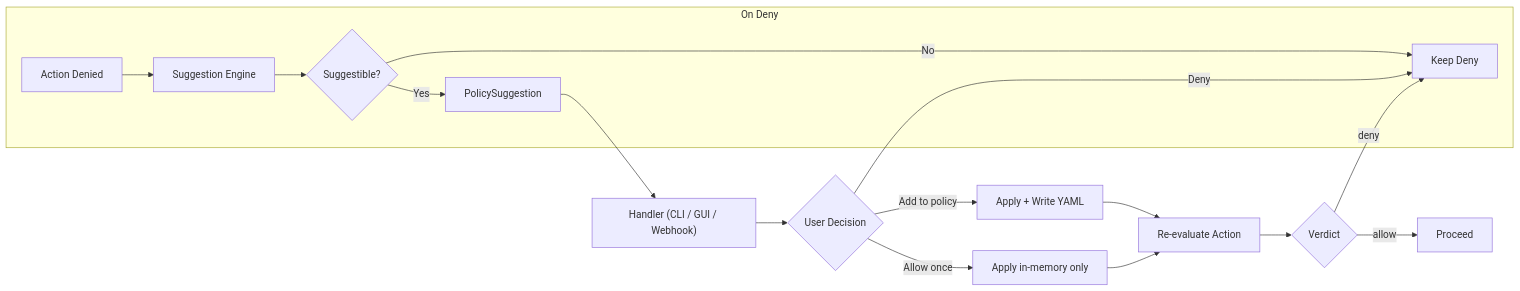
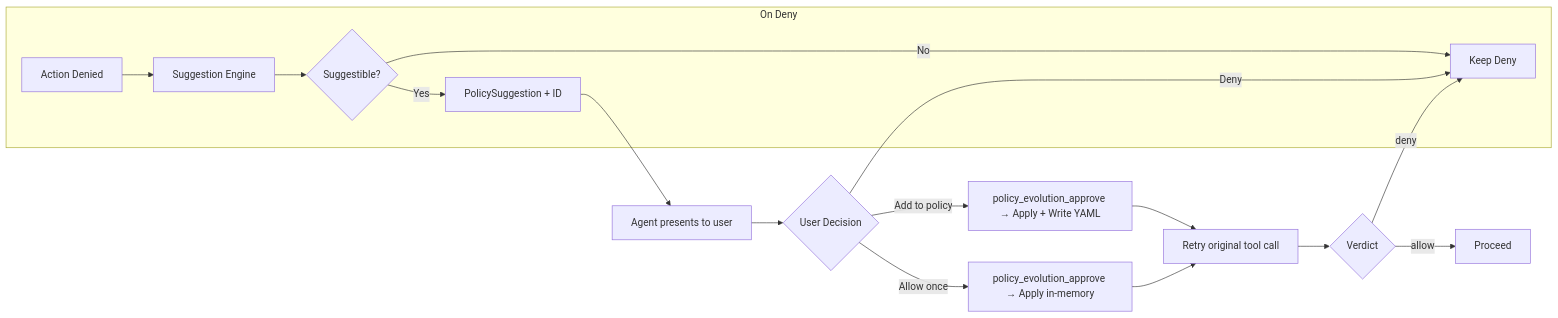
The third of 6 diagrams in README.md (elliot35/deterministic-agent-control-protocol), drawn with Mermaid before and after one commit. The commit also changed other lines of this file, not shown here.

````diff
--- a/README.md
+++ b/README.md
@@ -398,19 +436,19 @@
 ```mermaid
 flowchart LR
     subgraph Denial["On Deny"]
         A["Action Denied"] --> B["Suggestion Engine"]
         B --> C{"Suggestible?"}
         C -->|No| D["Keep Deny"]
-        C -->|Yes| E["PolicySuggestion"]
+        C -->|Yes| E["PolicySuggestion + ID"]
     end
-    E --> F["Handler (CLI / GUI / Webhook)"]
+    E --> F["Agent presents to user"]
     F --> G{"User Decision"}
-    G -->|Add to policy| H["Apply + Write YAML"]
-    G -->|Allow once| I["Apply in-memory only"]
+    G -->|Add to policy| H["policy_evolution_approve → Apply + Write YAML"]
+    G -->|Allow once| I["policy_evolution_approve → Apply in-memory"]
     G -->|Deny| D
-    H --> J["Re-evaluate Action"]
+    H --> J["Retry original tool call"]
     I --> J
     J --> K{"Verdict"}
     K -->|allow| L["Proceed"]
     K -->|deny| D
 ```
````
